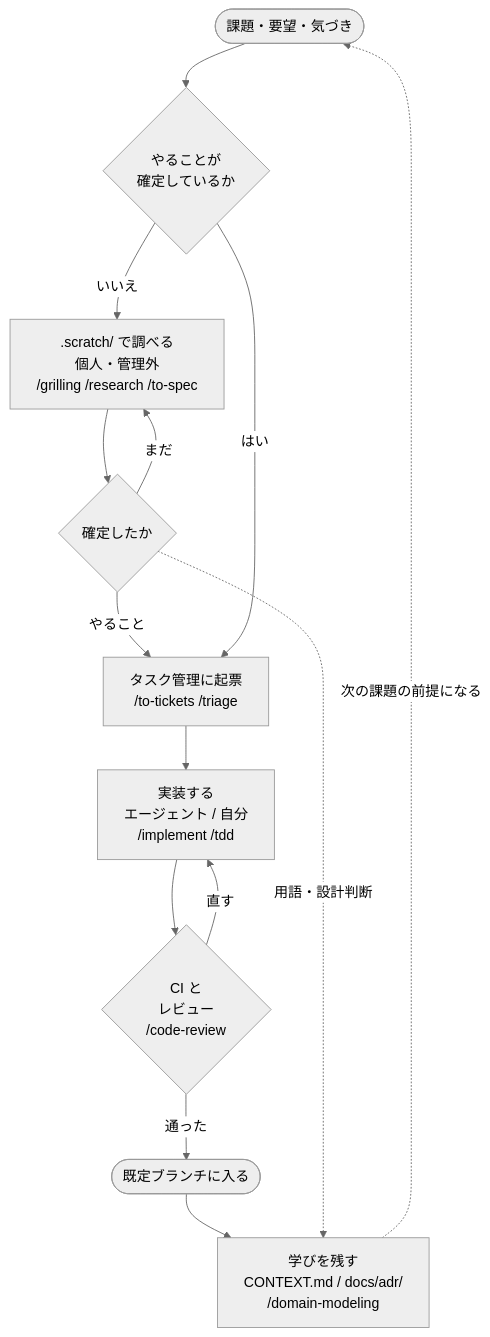
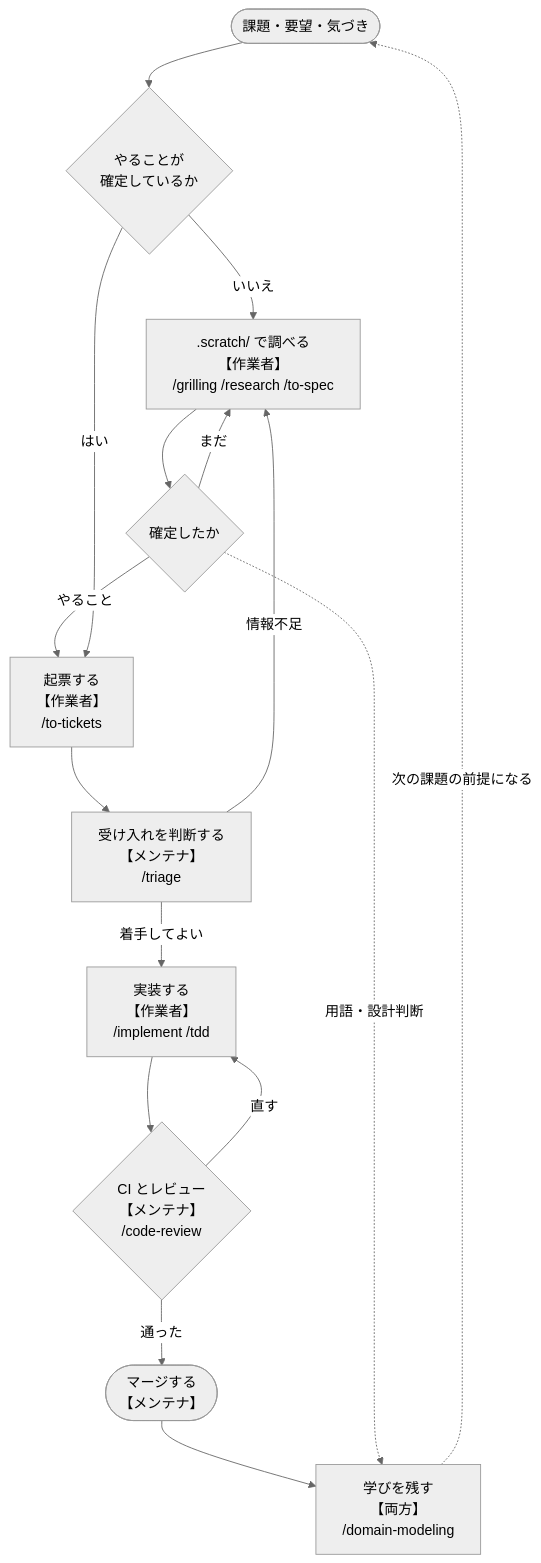
Before and after one commit to hirunefu/my-development-template-for-github-copilot: the diagram in docs/onboarding.md, drawn with Mermaid (neutral theme). The commit also changed other lines of this file and 1 other file, not shown here.

````diff
--- a/docs/onboarding.md
+++ b/docs/onboarding.md
@@ -64,16 +77,18 @@
 ```mermaid
 flowchart TB
     idea(["課題・要望・気づき"]) --> fixed{"やることが<br/>確定しているか"}
-    fixed -->|いいえ| scratch[".scratch/ で調べる<br/>個人・管理外<br/>/grilling /research /to-spec"]
+    fixed -->|いいえ| scratch[".scratch/ で調べる<br/>【作業者】<br/>/grilling /research /to-spec"]
     scratch --> settled{"確定したか"}
     settled -->|まだ| scratch
     settled -->|やること| task
-    fixed -->|はい| task["タスク管理に起票<br/>/to-tickets /triage"]
-    task --> impl["実装する<br/>エージェント / 自分<br/>/implement /tdd"]
-    impl --> check{"CI と<br/>レビュー<br/>/code-review"}
+    fixed -->|はい| task["起票する<br/>【作業者】<br/>/to-tickets"]
+    task --> triage["受け入れを判断する<br/>【メンテナ】<br/>/triage"]
+    triage -->|情報不足| scratch
+    triage -->|着手してよい| impl["実装する<br/>【作業者】<br/>/implement /tdd"]
+    impl --> check{"CI とレビュー<br/>【メンテナ】<br/>/code-review"}
     check -->|直す| impl
-    check -->|通った| merged(["既定ブランチに入る"])
-    merged --> keep["学びを残す<br/>CONTEXT.md / docs/adr/<br/>/domain-modeling"]
+    check -->|通った| merged(["マージする<br/>【メンテナ】"])
+    merged --> keep["学びを残す<br/>【両方】<br/>/domain-modeling"]
     settled -.->|用語・設計判断| keep
     keep -.->|次の課題の前提になる| idea
 ```
````
